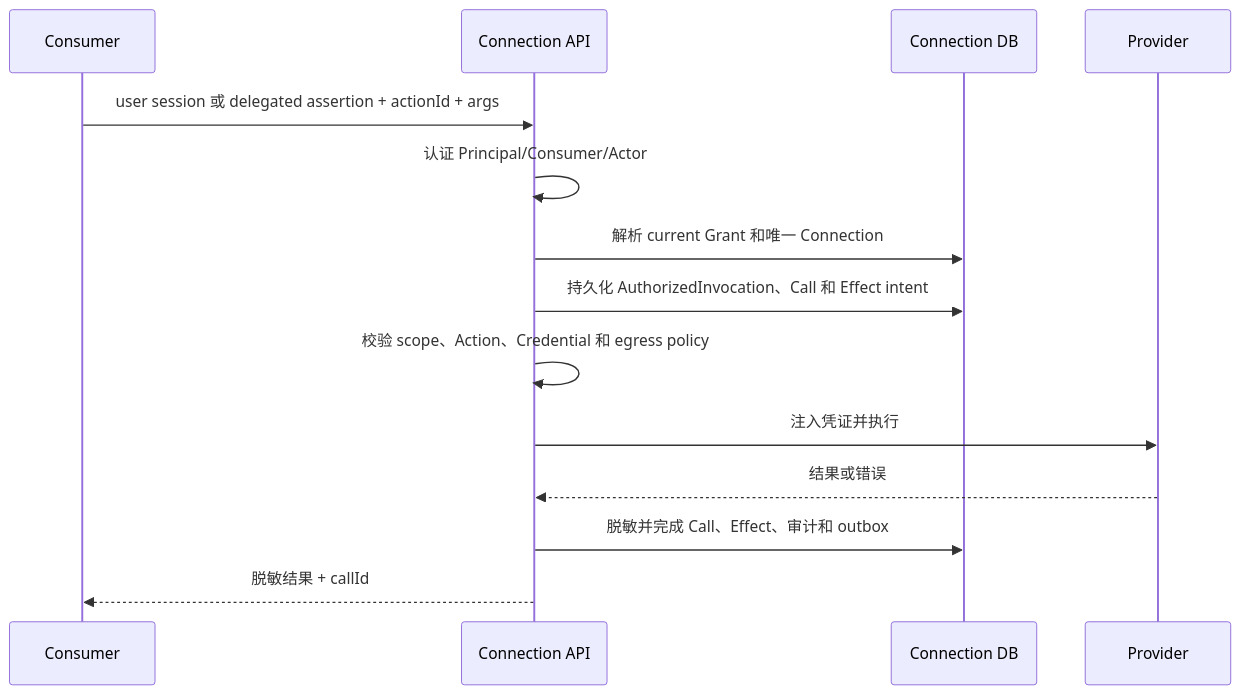
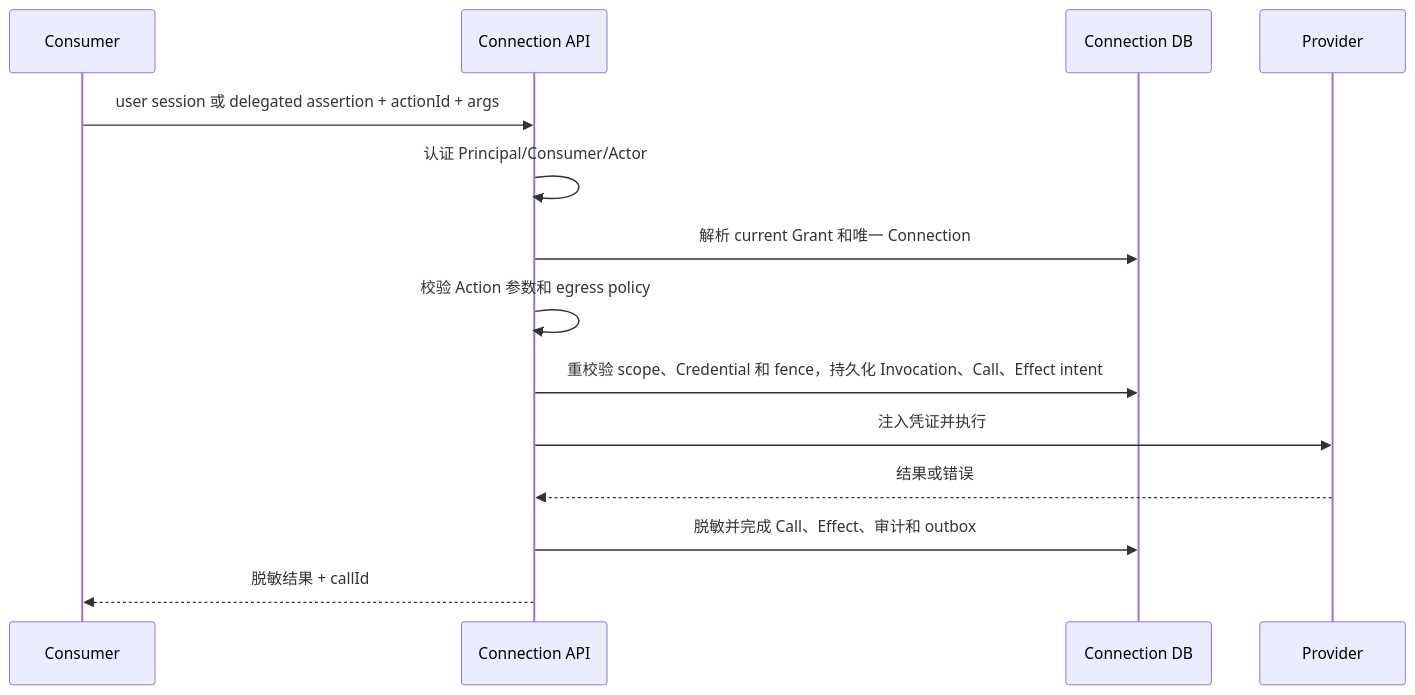
One commit to AgoraIO-Extensions/agent-infra changed the third of 3 diagrams in docs/architecture/SPEC-agent-infra-M1-engineering-architecture.md. Above: the diagram before and after it, drawn with Mermaid. The commit also changed other lines of this file and 2 other files, not shown here.

Commit message:
docs: address Connection HLD review

````diff
--- a/docs/architecture/SPEC-agent-infra-M1-engineering-architecture.md
+++ b/docs/architecture/SPEC-agent-infra-M1-engineering-architecture.md
@@ -480,17 +480,17 @@
 ```mermaid
 sequenceDiagram
     participant P as Consumer
     participant C as Connection API
     participant D as Connection DB
     participant X as Provider
 
     P->>C: user session 或 delegated assertion + actionId + args
     C->>C: 认证 Principal/Consumer/Actor
     C->>D: 解析 current Grant 和唯一 Connection
-    C->>D: 持久化 AuthorizedInvocation、Call 和 Effect intent
-    C->>C: 校验 scope、Action、Credential 和 egress policy
+    C->>C: 校验 Action 参数和 egress policy
+    C->>D: 重校验 scope、Credential 和 fence，持久化 Invocation、Call、Effect intent
     C->>X: 注入凭证并执行
     X-->>C: 结果或错误
     C->>D: 脱敏并完成 Call、Effect、审计和 outbox
     C-->>P: 脱敏结果 + callId
 ```
````
